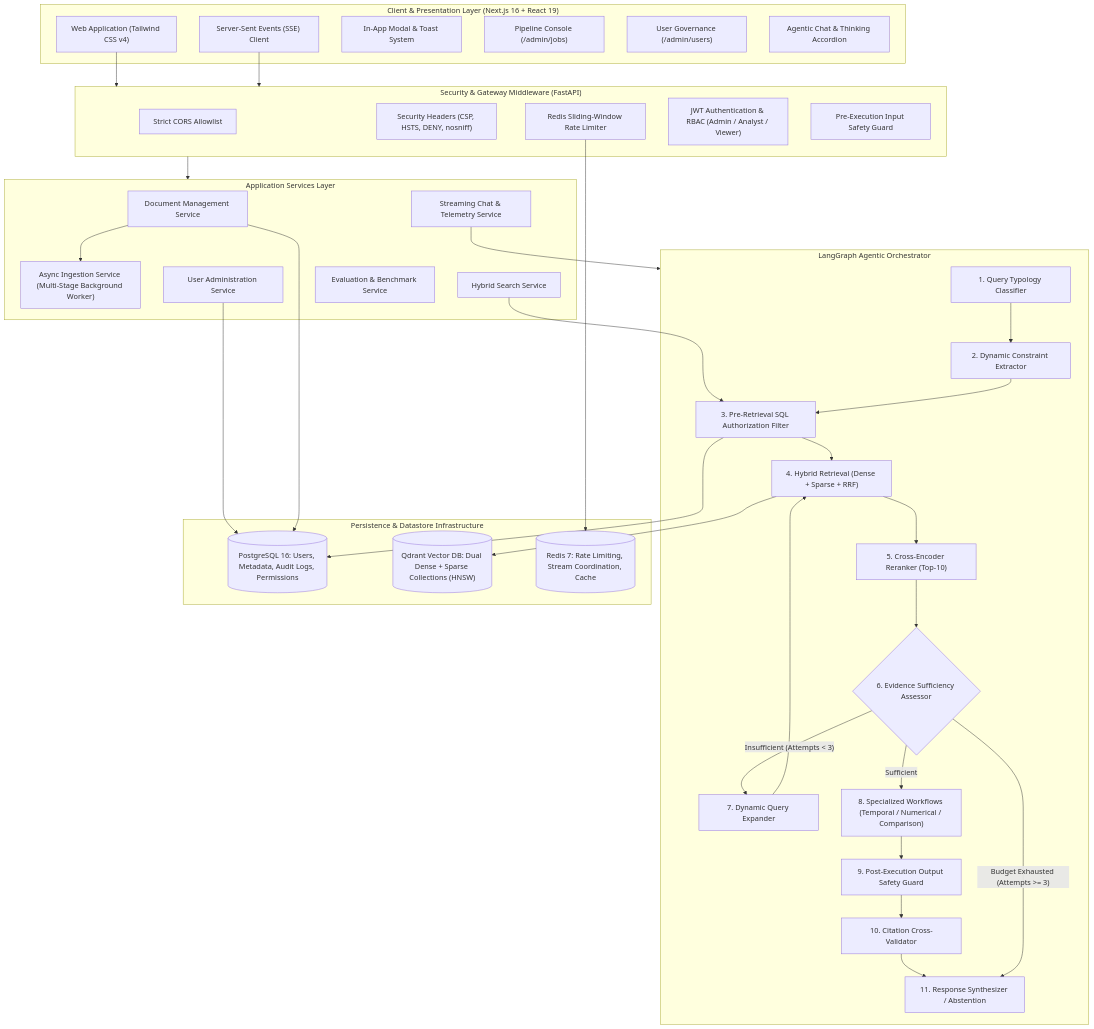
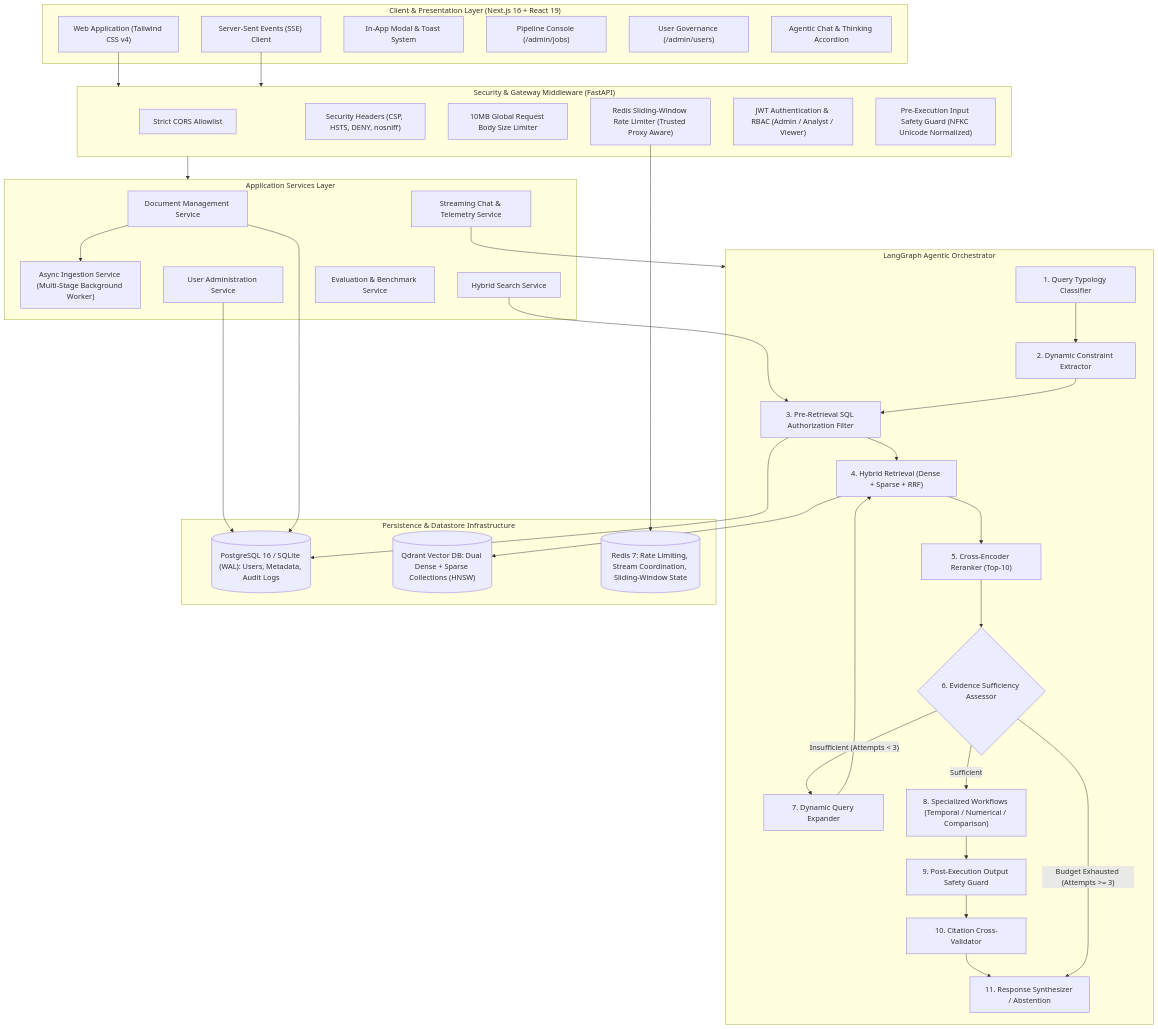
The diagram in README.md (ahmadXplore/RAG), drawn with Mermaid before and after one commit. The commit also changed other lines of this file, not shown here.

````diff
--- a/README.md
+++ b/README.md
@@ -179,67 +277,68 @@
 ```mermaid
 flowchart TD
     subgraph ClientLayer ["Client & Presentation Layer (Next.js 16 + React 19)"]
         WebUI["Web Application (Tailwind CSS v4)"]
         SSEStream["Server-Sent Events (SSE) Client"]
         ModalSys["In-App Modal & Toast System"]
         AdminJobs["Pipeline Console (/admin/jobs)"]
         AdminUsers["User Governance (/admin/users)"]
         ChatUI["Agentic Chat & Thinking Accordion"]
     end
 
     subgraph SecurityGateway ["Security & Gateway Middleware (FastAPI)"]
         CORS["Strict CORS Allowlist"]
         SecHeaders["Security Headers (CSP, HSTS, DENY, nosniff)"]
-        RateLimiter["Redis Sliding-Window Rate Limiter"]
+        BodyLimit["10MB Global Request Body Size Limiter"]
+        RateLimiter["Redis Sliding-Window Rate Limiter (Trusted Proxy Aware)"]
         AuthGuard["JWT Authentication & RBAC (Admin / Analyst / Viewer)"]
-        InputGuard["Pre-Execution Input Safety Guard"]
+        InputGuard["Pre-Execution Input Safety Guard (NFKC Unicode Normalized)"]
     end
 
     subgraph AppServices ["Application Services Layer"]
         DocService["Document Management Service"]
         IngestService["Async Ingestion Service (Multi-Stage Background Worker)"]
         UserService["User Administration Service"]
         SearchService["Hybrid Search Service"]
         ChatService["Streaming Chat & Telemetry Service"]
         EvalService["Evaluation & Benchmark Service"]
     end
 
     subgraph AgenticEngine ["LangGraph Agentic Orchestrator"]
         Classifier["1. Query Typology Classifier"]
         Extractor["2. Dynamic Constraint Extractor"]
         AccessFilter["3. Pre-Retrieval SQL Authorization Filter"]
         HybridRetriever["4. Hybrid Retrieval (Dense + Sparse + RRF)"]
         Reranker["5. Cross-Encoder Reranker (Top-10)"]
         Assessor{"6. Evidence Sufficiency Assessor"}
         Expander["7. Dynamic Query Expander"]
         Workflows["8. Specialized Workflows (Temporal / Numerical / Comparison)"]
         OutputGuard["9. Post-Execution Output Safety Guard"]
         CitationValidator["10. Citation Cross-Validator"]
         Finalizer["11. Response Synthesizer / Abstention"]
     end
 
     subgraph StorageLayer ["Persistence & Datastore Infrastructure"]
-        Postgres[("PostgreSQL 16: Users, Metadata, Audit Logs, Permissions")]
+        Postgres[("PostgreSQL 16 / SQLite (WAL): Users, Metadata, Audit Logs")]
         Qdrant[("Qdrant Vector DB: Dual Dense + Sparse Collections (HNSW)")]
-        Redis[("Redis 7: Rate Limiting, Stream Coordination, Cache")]
+        Redis[("Redis 7: Rate Limiting, Stream Coordination, Sliding-Window State")]
     end
 
     WebUI --> SecurityGateway
     SSEStream --> SecurityGateway
     SecurityGateway --> AppServices
 
     SearchService --> AccessFilter
     ChatService --> AgenticEngine
     DocService --> IngestService
     UserService --> Postgres
 
     AccessFilter --> Postgres
     HybridRetriever --> Qdrant
     RateLimiter --> Redis
     DocService --> Postgres
 
     Classifier --> Extractor --> AccessFilter --> HybridRetriever --> Reranker --> Assessor
     Assessor -->|"Insufficient (Attempts < 3)"| Expander --> HybridRetriever
     Assessor -->|"Sufficient"| Workflows --> OutputGuard --> CitationValidator --> Finalizer
     Assessor -->|"Budget Exhausted (Attempts >= 3)"| Finalizer
 ```
````
